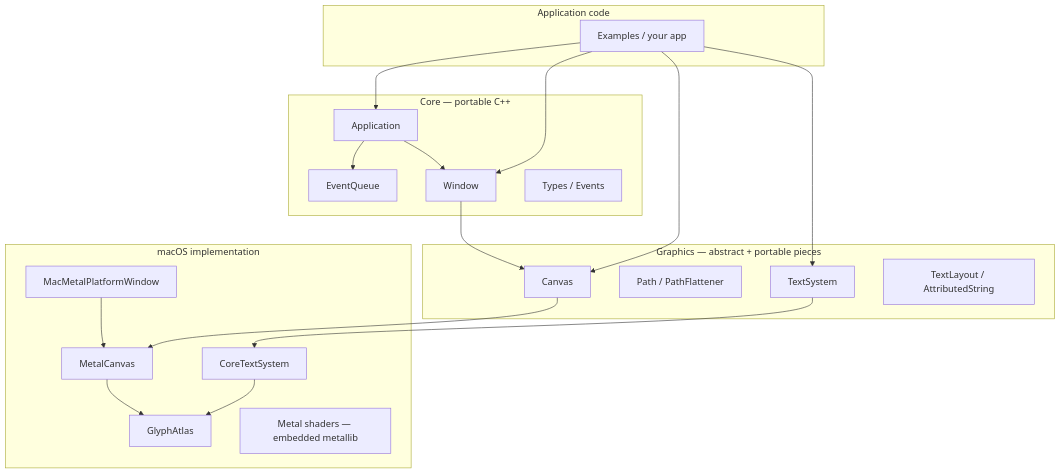
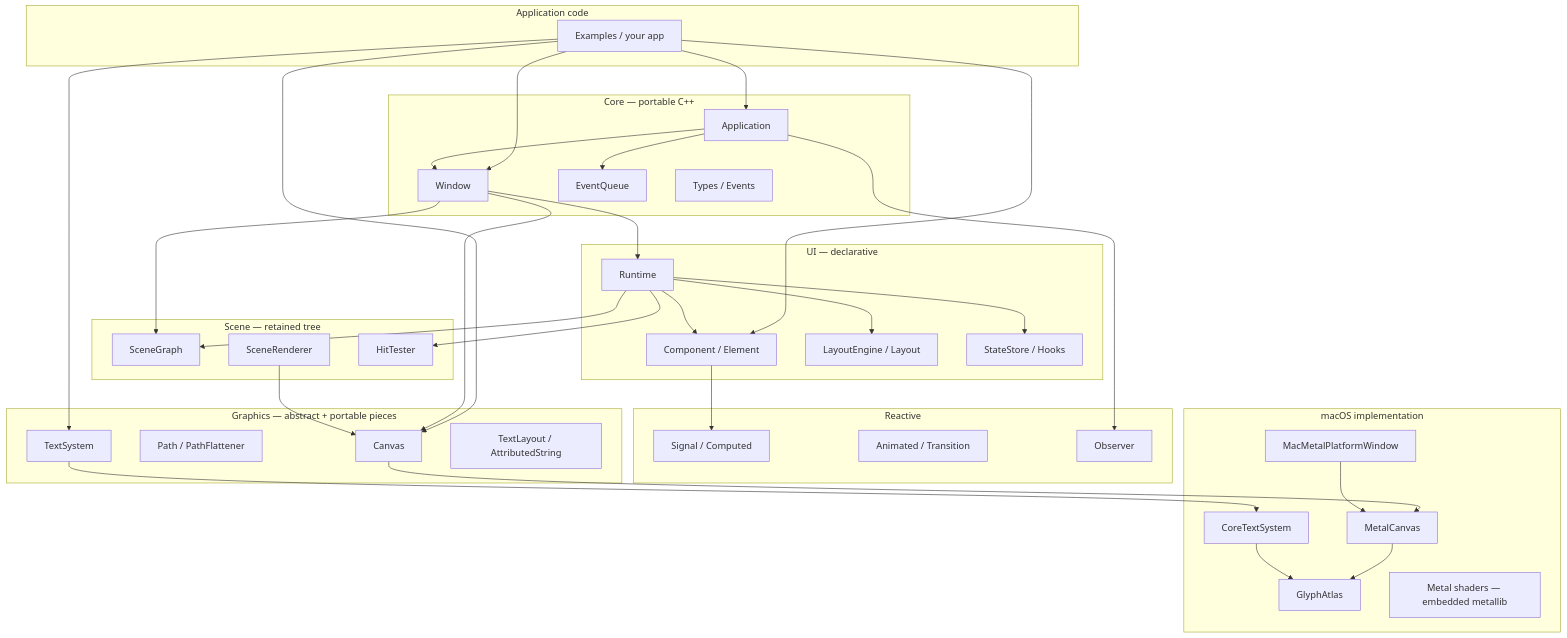
The diagram in docs/architecture.md (aavci1/flux-v4), drawn with Mermaid before and after one commit. The commit also changed other lines of this file and 4 other files, not shown here.

````diff
--- a/docs/architecture.md
+++ b/docs/architecture.md
@@ -7,37 +7,64 @@
 ```mermaid
 flowchart TB
   subgraph app [Application code]
     Ex[Examples / your app]
   end
   subgraph core [Core — portable C++]
     App[Application]
     Win[Window]
     EQ[EventQueue]
     Types[Types / Events]
+  end
+  subgraph ui [UI — declarative]
+    Comp[Component / Element]
+    LE[LayoutEngine / Layout]
+    RT[Runtime]
+    SS[StateStore / Hooks]
+  end
+  subgraph scene [Scene — retained tree]
+    SG[SceneGraph]
+    SR[SceneRenderer]
+    HT[HitTester]
+  end
+  subgraph react [Reactive]
+    Sig[Signal / Computed]
+    Anim[Animated / Transition]
+    Obs[Observer]
   end
   subgraph gfx [Graphics — abstract + portable pieces]
     Can[Canvas]
     Path[Path / PathFlattener]
     TS[TextSystem]
     TLayout[TextLayout / AttributedString]
   end
   subgraph mac [macOS implementation]
     PWin[MacMetalPlatformWindow]
     MCan[MetalCanvas]
     CT[CoreTextSystem]
     GA[GlyphAtlas]
     Sh[Metal shaders — embedded metallib]
   end
   Ex --> App
   Ex --> Win
   Ex --> Can
   Ex --> TS
+  Ex --> Comp
   App --> EQ
   App --> Win
+  App --> Obs
   Win --> Can
+  Win --> SG
+  Win --> RT
+  RT --> Comp
+  RT --> LE
+  RT --> SG
+  RT --> HT
+  RT --> SS
+  Comp --> Sig
+  SR --> Can
   Can --> MCan
   TS --> CT
   MCan --> GA
   CT --> GA
   PWin --> MCan
 ```
````
